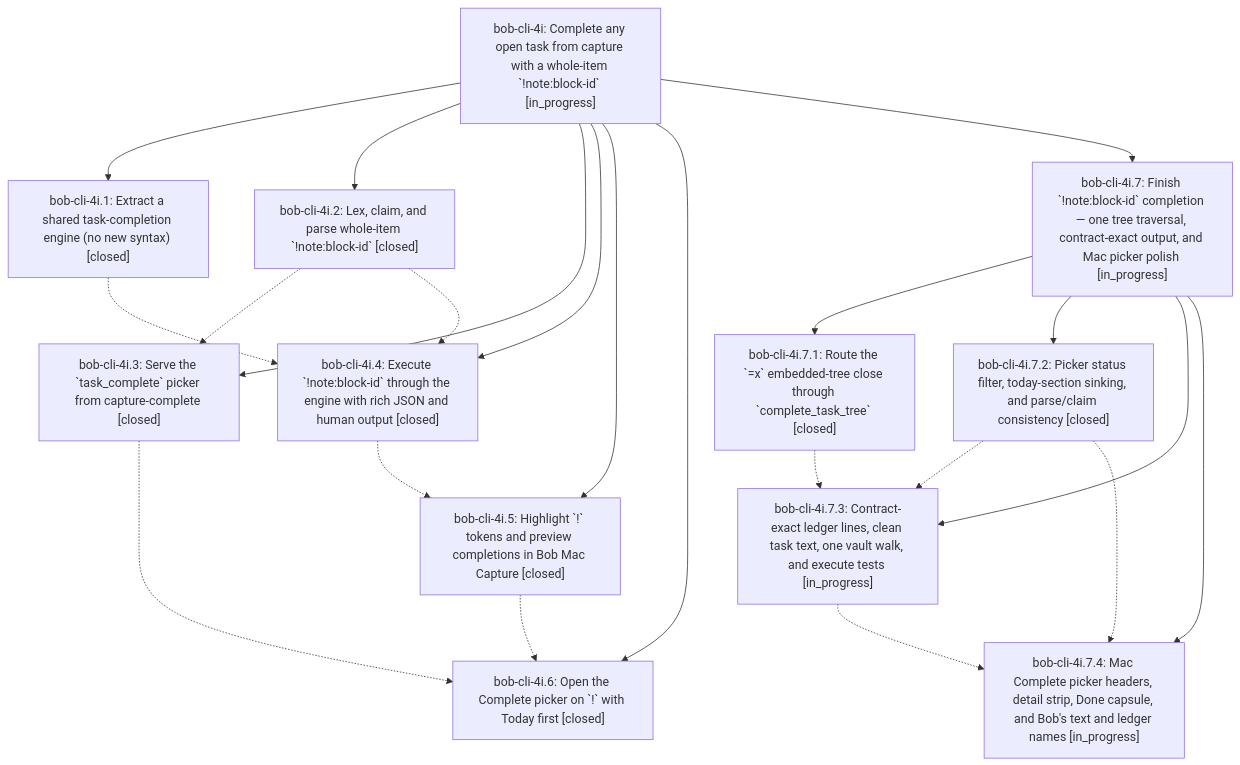
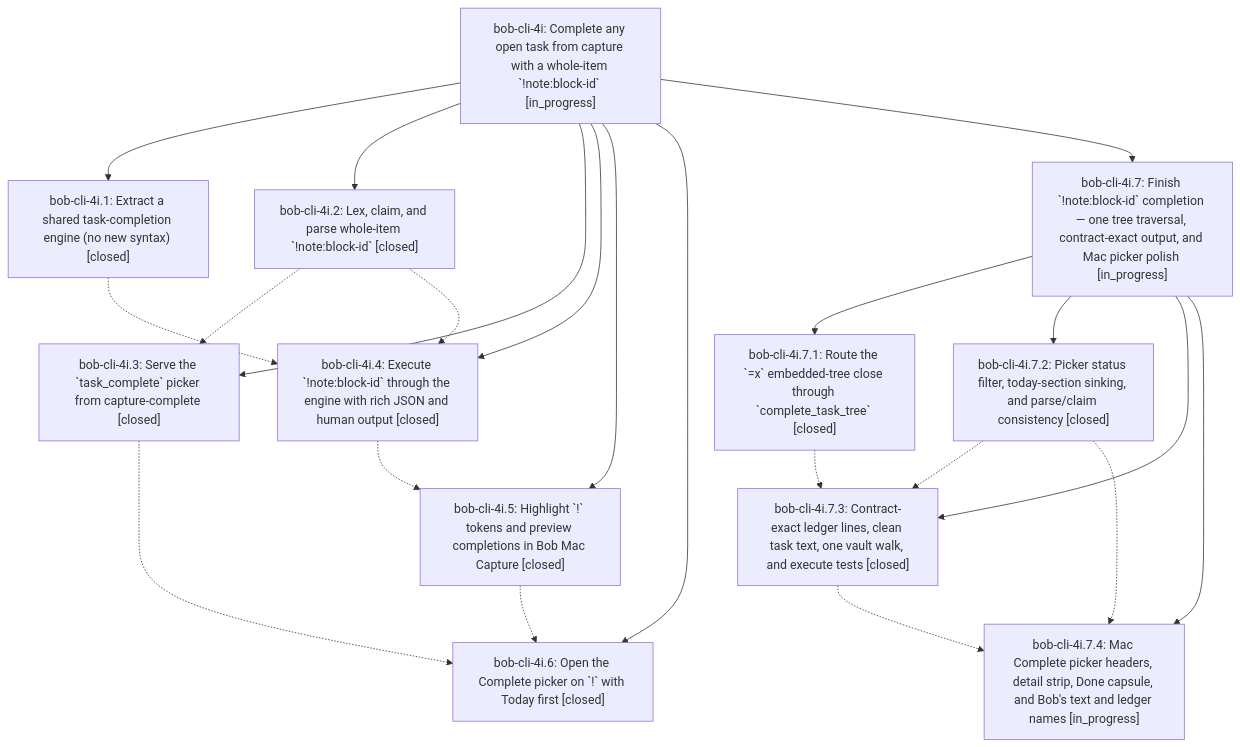
The diagram in pages/bob-cli-4i/README.md (bobs-org/bob-cli--beads), drawn with Mermaid before and after one commit. The commit also changed other lines of this file and 4 other files, not shown here.

First line of the commit message:
chore(beads): sync bead state and pages for bob-cli-4i

````diff
--- a/pages/bob-cli-4i/README.md
+++ b/pages/bob-cli-4i/README.md
@@ -33,36 +33,36 @@
 ```mermaid
 flowchart TD
     n0["bob-cli-4i: Complete any open task from capture with a whole-item `!note:block-id` [in_progress]"]
     n1["bob-cli-4i.1: Extract a shared task-completion engine (no new syntax) [closed]"]
     n2["bob-cli-4i.2: Lex, claim, and parse whole-item `!note:block-id` [closed]"]
     n3["bob-cli-4i.3: Serve the `task_complete` picker from capture-complete [closed]"]
     n4["bob-cli-4i.4: Execute `!note:block-id` through the engine with rich JSON and human output [closed]"]
     n5["bob-cli-4i.5: Highlight `!` tokens and preview completions in Bob Mac Capture [closed]"]
     n6["bob-cli-4i.6: Open the Complete picker on `!` with Today first [closed]"]
     n7["bob-cli-4i.7: Finish `!note:block-id` completion — one tree traversal, contract-exact output, and Mac picker polish [in_progress]"]
     n8["bob-cli-4i.7.1: Route the `=x` embedded-tree close through `complete_task_tree` [closed]"]
     n9["bob-cli-4i.7.2: Picker status filter, today-section sinking, and parse/claim consistency [closed]"]
-    n10["bob-cli-4i.7.3: Contract-exact ledger lines, clean task text, one vault walk, and execute tests [in_progress]"]
+    n10["bob-cli-4i.7.3: Contract-exact ledger lines, clean task text, one vault walk, and execute tests [closed]"]
     n11["bob-cli-4i.7.4: Mac Complete picker headers, detail strip, Done capsule, and Bob's text and ledger names [in_progress]"]
     n0 --> n1
     n0 --> n2
     n0 --> n3
     n0 --> n4
     n0 --> n5
     n0 --> n6
     n0 --> n7
     n7 --> n8
     n7 --> n9
     n7 --> n10
     n7 --> n11
     n1 -.-> n4
     n2 -.-> n3
     n2 -.-> n4
     n3 -.-> n6
     n4 -.-> n5
     n5 -.-> n6
     n8 -.-> n10
     n9 -.-> n10
     n9 -.-> n11
     n10 -.-> n11
 ```
````
